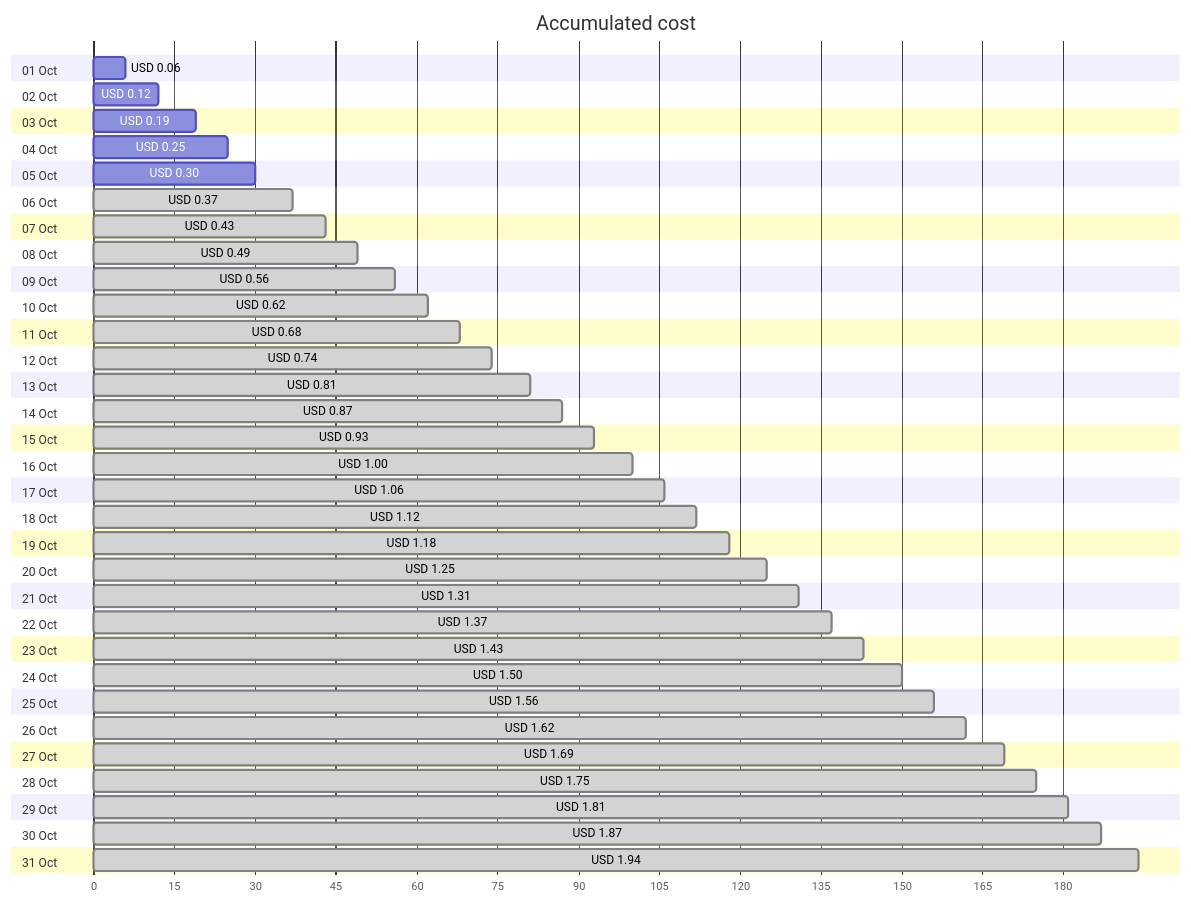
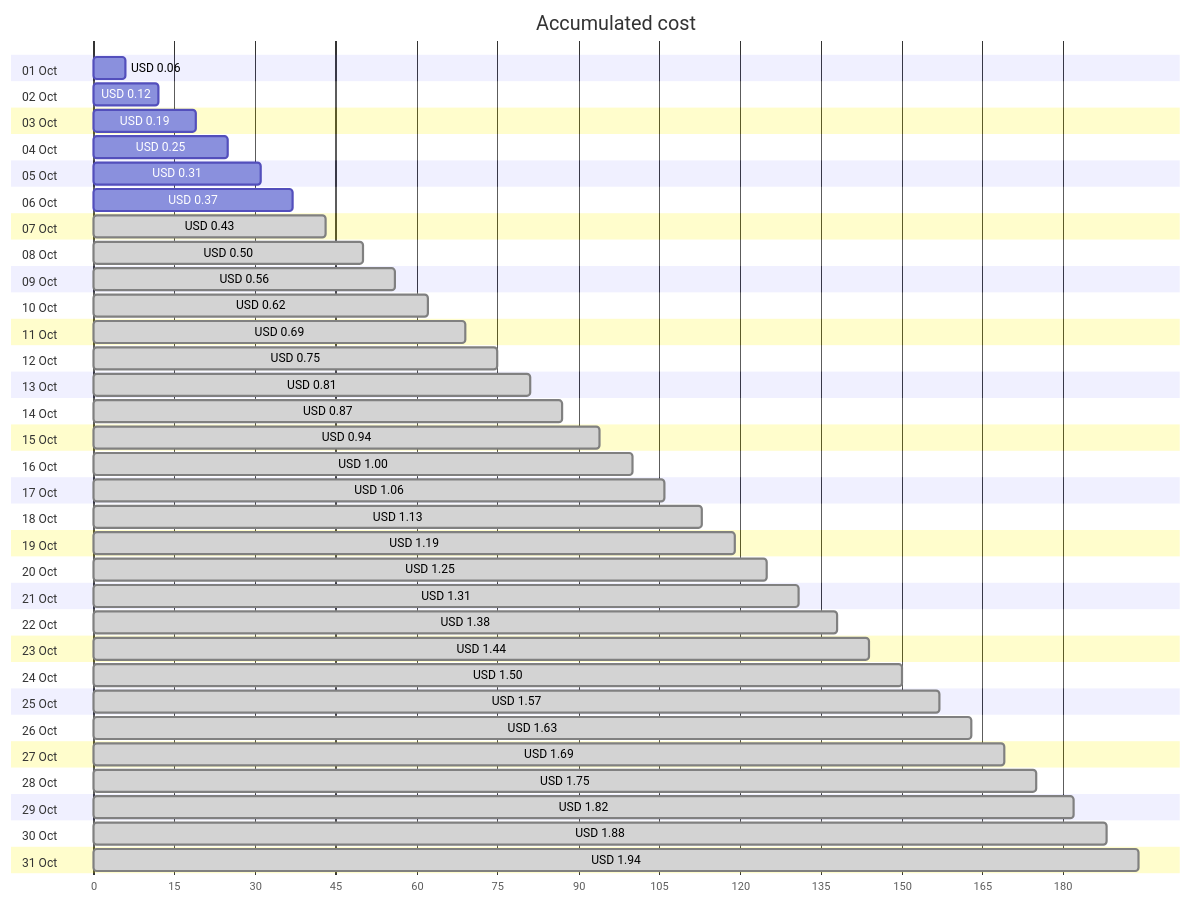
Before and after one commit to jpfulton/azure-personal-reports: the first of 4 diagrams in cost-reports/personal-network/vpn-server_OsDisk.md, drawn with Mermaid. The commit also changed other lines of this file and 8 other files, not shown here.

````diff
--- a/cost-reports/personal-network/vpn-server_OsDisk.md
+++ b/cost-reports/personal-network/vpn-server_OsDisk.md
@@ -20,68 +20,68 @@
 ```mermaid
 gantt
    title Accumulated cost
    dateFormat  X
    axisFormat %s
    section 01 Oct
    USD 0.06 :0, 6
    section 02 Oct
    USD 0.12 :0, 12
    section 03 Oct
    USD 0.19 :0, 19
    section 04 Oct
    USD 0.25 :0, 25
    section 05 Oct
-   USD 0.30 :0, 30
+   USD 0.31 :0, 31
    section 06 Oct
-   USD 0.37 : done, 0, 37
+   USD 0.37 :0, 37
    section 07 Oct
    USD 0.43 : done, 0, 43
    section 08 Oct
-   USD 0.49 : done, 0, 49
+   USD 0.50 : done, 0, 50
    section 09 Oct
    USD 0.56 : done, 0, 56
    section 10 Oct
    USD 0.62 : done, 0, 62
    section 11 Oct
-   USD 0.68 : done, 0, 68
+   USD 0.69 : done, 0, 69
    section 12 Oct
-   USD 0.74 : done, 0, 74
+   USD 0.75 : done, 0, 75
    section 13 Oct
    USD 0.81 : done, 0, 81
    section 14 Oct
    USD 0.87 : done, 0, 87
    section 15 Oct
-   USD 0.93 : done, 0, 93
+   USD 0.94 : done, 0, 94
    section 16 Oct
    USD 1.00 : done, 0, 100
    section 17 Oct
    USD 1.06 : done, 0, 106
    section 18 Oct
-   USD 1.12 : done, 0, 112
+   USD 1.13 : done, 0, 113
    section 19 Oct
-   USD 1.18 : done, 0, 118
+   USD 1.19 : done, 0, 119
    section 20 Oct
    USD 1.25 : done, 0, 125
    section 21 Oct
    USD 1.31 : done, 0, 131
    section 22 Oct
-   USD 1.37 : done, 0, 137
+   USD 1.38 : done, 0, 138
    section 23 Oct
-   USD 1.43 : done, 0, 143
+   USD 1.44 : done, 0, 144
    section 24 Oct
    USD 1.50 : done, 0, 150
    section 25 Oct
-   USD 1.56 : done, 0, 156
+   USD 1.57 : done, 0, 157
    section 26 Oct
-   USD 1.62 : done, 0, 162
+   USD 1.63 : done, 0, 163
    section 27 Oct
    USD 1.69 : done, 0, 169
    section 28 Oct
    USD 1.75 : done, 0, 175
    section 29 Oct
-   USD 1.81 : done, 0, 181
+   USD 1.82 : done, 0, 182
    section 30 Oct
-   USD 1.87 : done, 0, 187
+   USD 1.88 : done, 0, 188
    section 31 Oct
    USD 1.94 : done, 0, 194
 ```
````
